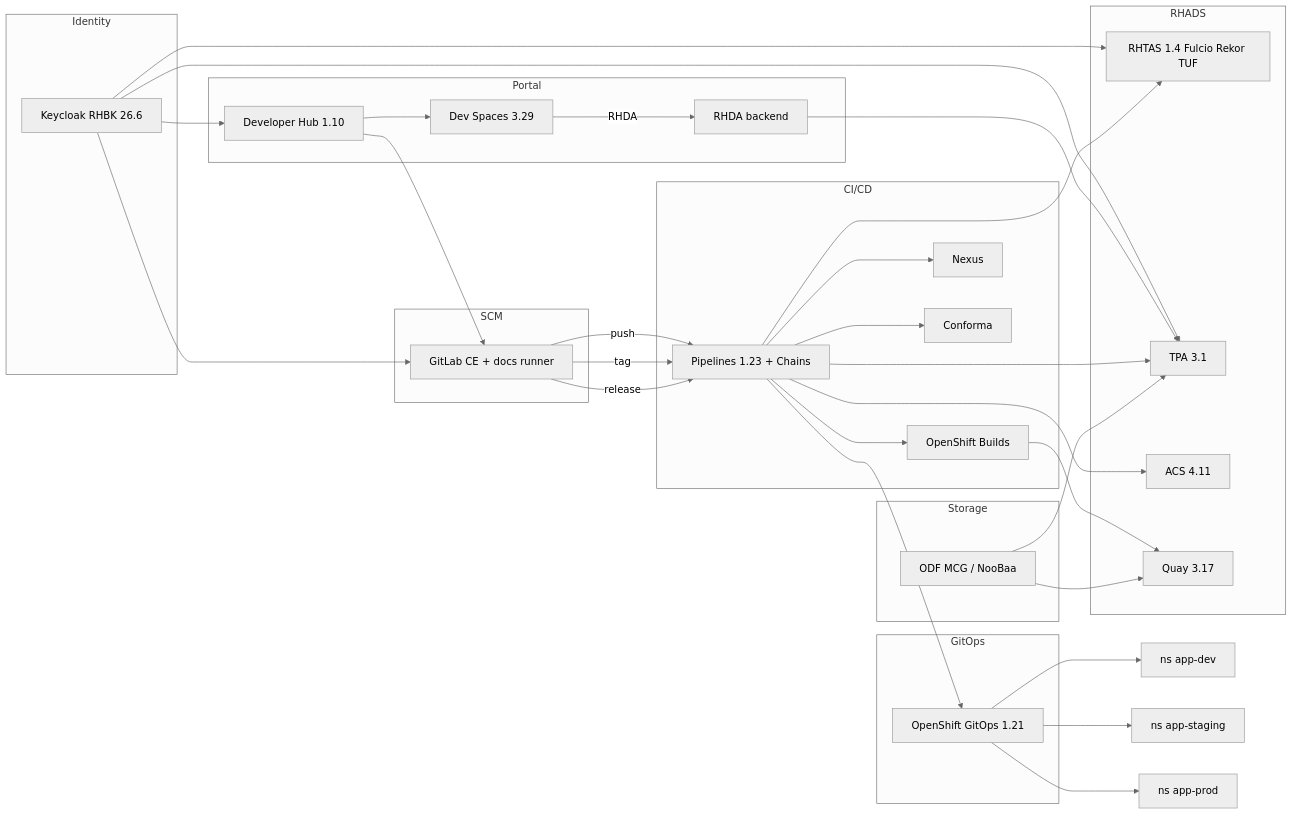
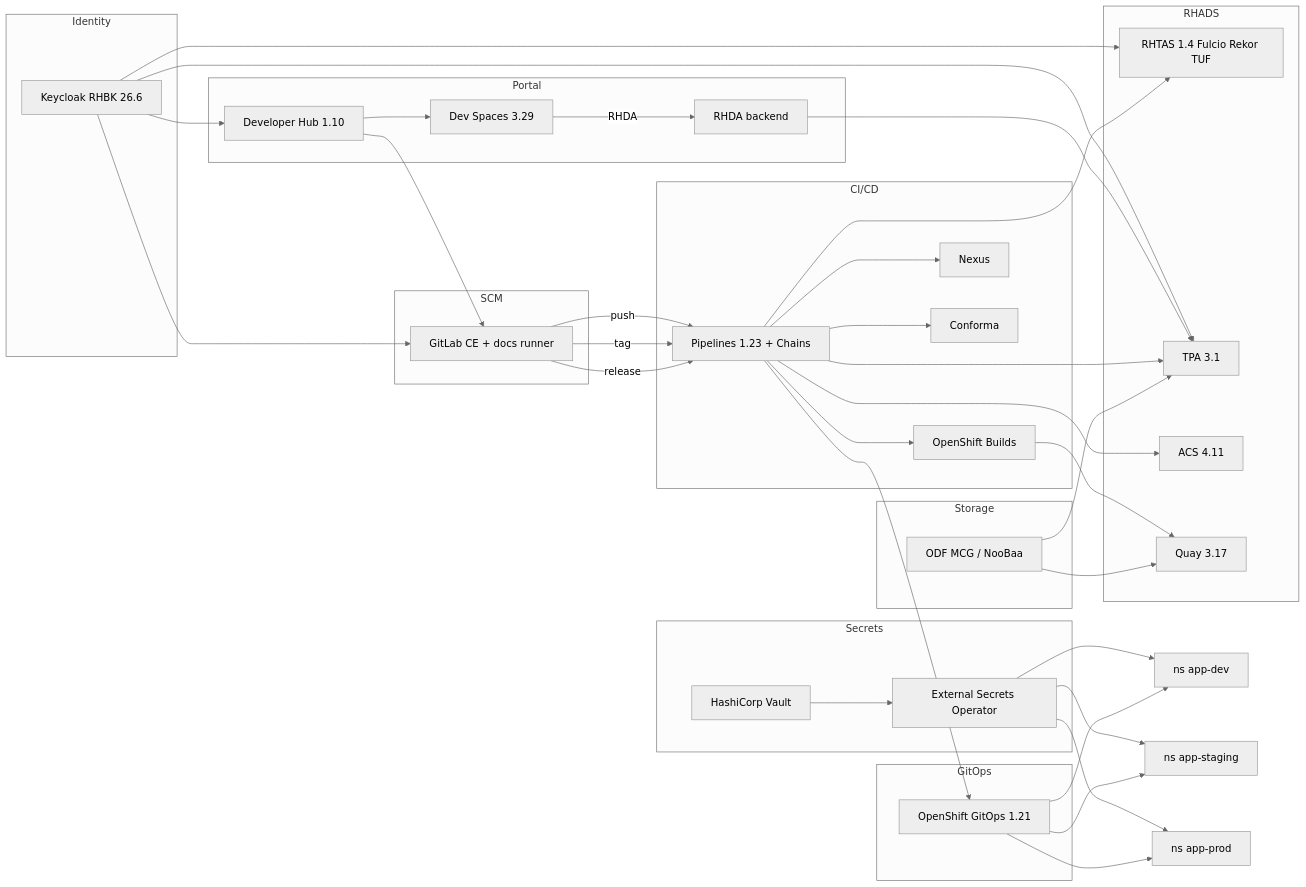
The second of 2 diagrams in docs/architecture.md (panchoraposo/demo-rhads), drawn with Mermaid (neutral theme) before and after one commit. The commit also changed other lines of this file and 86 other files, not shown here.

First line of the commit message:
Fail unsigned staging tags in Conforma and keep CI secrets in Vault.

````diff
--- a/docs/architecture.md
+++ b/docs/architecture.md
@@ -31,56 +31,64 @@
 ```mermaid
 flowchart LR
   subgraph idp [Identity]
     RHBK[Keycloak RHBK 26.6]
   end
   subgraph portal [Portal]
     RHDH[Developer Hub 1.10]
     DS[Dev Spaces 3.29]
     RHDA[RHDA backend]
   end
   subgraph scm [SCM]
     GL[GitLab CE + docs runner]
   end
   subgraph gitops [GitOps]
     ACD[OpenShift GitOps 1.21]
   end
   subgraph cicd [CI/CD]
     PIPE[Pipelines 1.23 + Chains]
     BUILD[OpenShift Builds]
     NEXUS[Nexus]
     CONF[Conforma]
   end
   subgraph storage [Storage]
     ODF[ODF MCG / NooBaa]
   end
   subgraph rhads [RHADS]
     TAS[RHTAS 1.4 Fulcio Rekor TUF]
     TPA[TPA 3.1]
     ACS[ACS 4.11]
     QUAY[Quay 3.17]
   end
+  subgraph secrets [Secrets]
+    VAULT[HashiCorp Vault]
+    ESO[External Secrets Operator]
+  end
   RHBK --> RHDH
   RHBK --> GL
   RHBK --> TAS
   RHBK --> TPA
   RHDH --> GL
   RHDH --> DS
   DS -->|RHDA| RHDA
   RHDA --> TPA
   GL -->|push| PIPE
   GL -->|tag| PIPE
   GL -->|release| PIPE
   PIPE --> BUILD
   BUILD --> QUAY
   PIPE --> NEXUS
   PIPE --> TAS
   PIPE --> TPA
   PIPE --> ACS
   PIPE --> CONF
   PIPE --> ACD
   ODF --> QUAY
   ODF --> TPA
-  ACD --> DEV[ns app-dev]
-  ACD --> STG[ns app-staging]
-  ACD --> PRD[ns app-prod]
+  VAULT --> ESO
+  ESO --> DEV[ns app-dev]
+  ESO --> STG[ns app-staging]
+  ESO --> PRD[ns app-prod]
+  ACD --> DEV
+  ACD --> STG
+  ACD --> PRD
 ```
````
